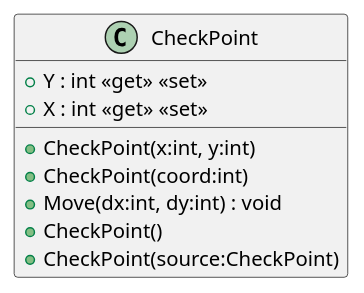
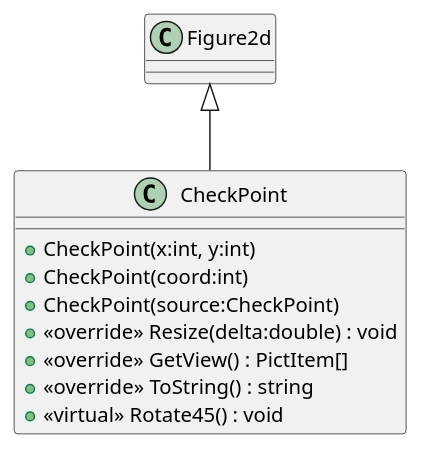
One commit to 19vano97/levelUpOOP changed the diagram in plantuml/20240628_Lesson_Inheritance/Point.puml. Above: the diagram before and after it, drawn with PlantUML. The commit also changed 35 other files, not shown here.

```diff
--- a/plantuml/20240628_Lesson_Inheritance/Point.puml
+++ b/plantuml/20240628_Lesson_Inheritance/Point.puml
@@ -1,11 +1,12 @@
 @startuml
 class CheckPoint {
     + CheckPoint(x:int, y:int)
     + CheckPoint(coord:int)
-    + Y : int <<get>> <<set>>
-    + X : int <<get>> <<set>>
-    + Move(dx:int, dy:int) : void
-    + CheckPoint()
     + CheckPoint(source:CheckPoint)
+    + <<override>> Resize(delta:double) : void
+    + <<override>> GetView() : PictItem[]
+    + <<override>> ToString() : string
+    + <<virtual>> Rotate45() : void
 }
+Figure2d <|-- CheckPoint
 @enduml
```
